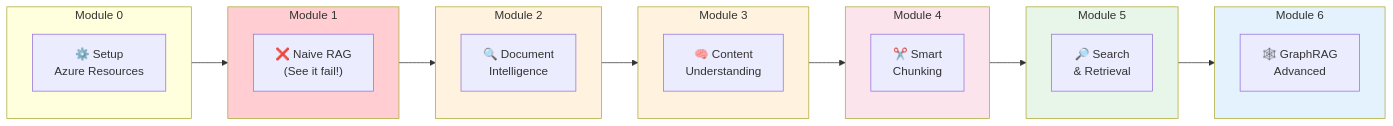
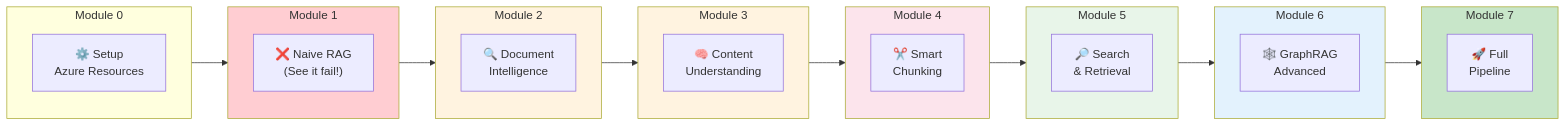
The third of 3 diagrams in README.md (roie9876/RAG-WorkShop), drawn with Mermaid before and after one commit. The commit also changed other lines of this file, not shown here.

````diff
--- a/README.md
+++ b/README.md
@@ -125,39 +125,44 @@
 ```mermaid
 flowchart LR
     subgraph M0["Module 0"]
         S0["⚙️ Setup<br/>Azure Resources"]
     end
     
     subgraph M1["Module 1"]
         S1["❌ Naive RAG<br/>(See it fail!)"]
     end
     
     subgraph M2["Module 2"]
         S2["🔍 Document<br/>Intelligence"]
     end
     
     subgraph M3["Module 3"]
         S3["🧠 Content<br/>Understanding"]
     end
     
     subgraph M4["Module 4"]
         S4["✂️ Smart<br/>Chunking"]
     end
     
     subgraph M5["Module 5"]
         S5["🔎 Search<br/>& Retrieval"]
     end
     
     subgraph M6["Module 6"]
         S6["🕸️ GraphRAG<br/>Advanced"]
     end
     
-    M0 --> M1 --> M2 --> M3 --> M4 --> M5 --> M6
+    subgraph M7["Module 7"]
+        S7["🚀 Full<br/>Pipeline"]
+    end
+    
+    M0 --> M1 --> M2 --> M3 --> M4 --> M5 --> M6 --> M7
     
     style M1 fill:#ffcdd2
     style M2 fill:#fff3e0
     style M3 fill:#fff3e0
     style M4 fill:#fce4ec
     style M5 fill:#e8f5e9
     style M6 fill:#e3f2fd
+    style M7 fill:#c8e6c9
 ```
````
